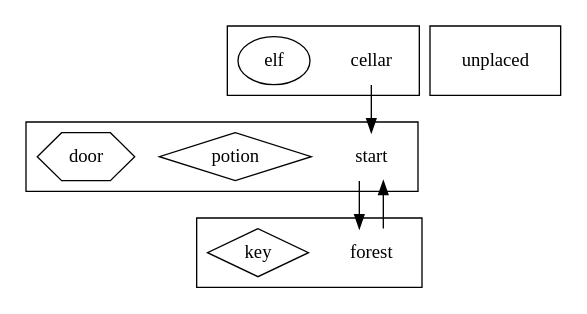
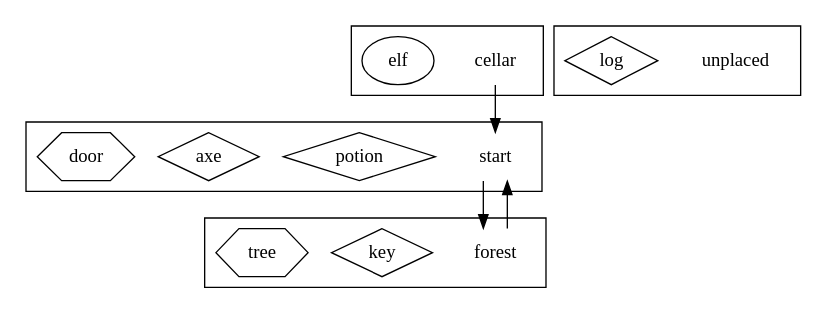
Before and after one commit to gabrielchuv/StagServer: the diagram in Samples/basic-entities.dot, drawn with Graphviz. The commit also changed 17 other files, not shown here.

```diff
--- a/Samples/basic-entities.dot
+++ b/Samples/basic-entities.dot
@@ -1,59 +1,65 @@
 digraph layout {
     /* ortho splines just makes the arrows into straight lines (rather than curvy ones !) */
     splines = ortho;
     node [shape = "rect"];
 
     subgraph locations {
         subgraph cluster001 {
             node [shape = "none"];
             start [description = "An empty room"];
             subgraph artefacts {
                 node [shape = "diamond"];
                 potion [description = "Magic potion"];
+                axe [description = "A razor sharp axe"];
             }
             subgraph furniture {
                 node [shape = "hexagon"];
                 door [description = "Wooden door"];
             }
         }
 
         subgraph cluster002 {
             node [shape = "none"];
             forest [description = "A dark forest"];
             subgraph artefacts {
                 node [shape = "diamond"];
                 key [description = "Brass key"];
             }
+            subgraph furniture {
+                            node [shape = "hexagon"];
+                            tree [description = "A tall pine tree"];
+                        }
         }
 
         subgraph cluster003 {
             node [shape = "none"];
             cellar [description = "A dusty cellar"]
             subgraph characters {
                 node [shape = "ellipse"];
                 elf [description = "Angry Elf"];
             }
         }
 
         subgraph cluster999 {
             node [shape = "none"];
             unplaced [description = "Storage for any entities not placed in the game"]
             subgraph characters {
                 node [shape = "ellipse"];
             }
             subgraph artefacts {
                 node [shape = "diamond"];
+                log [description = "A heavy wooden log"];
             }
             subgraph furniture {
                 node [shape = "hexagon"];
             }
         }
     }
 
     subgraph paths {
         start -> forest;
         forest -> start;
         cellar -> start;
     }
 
 }
```
